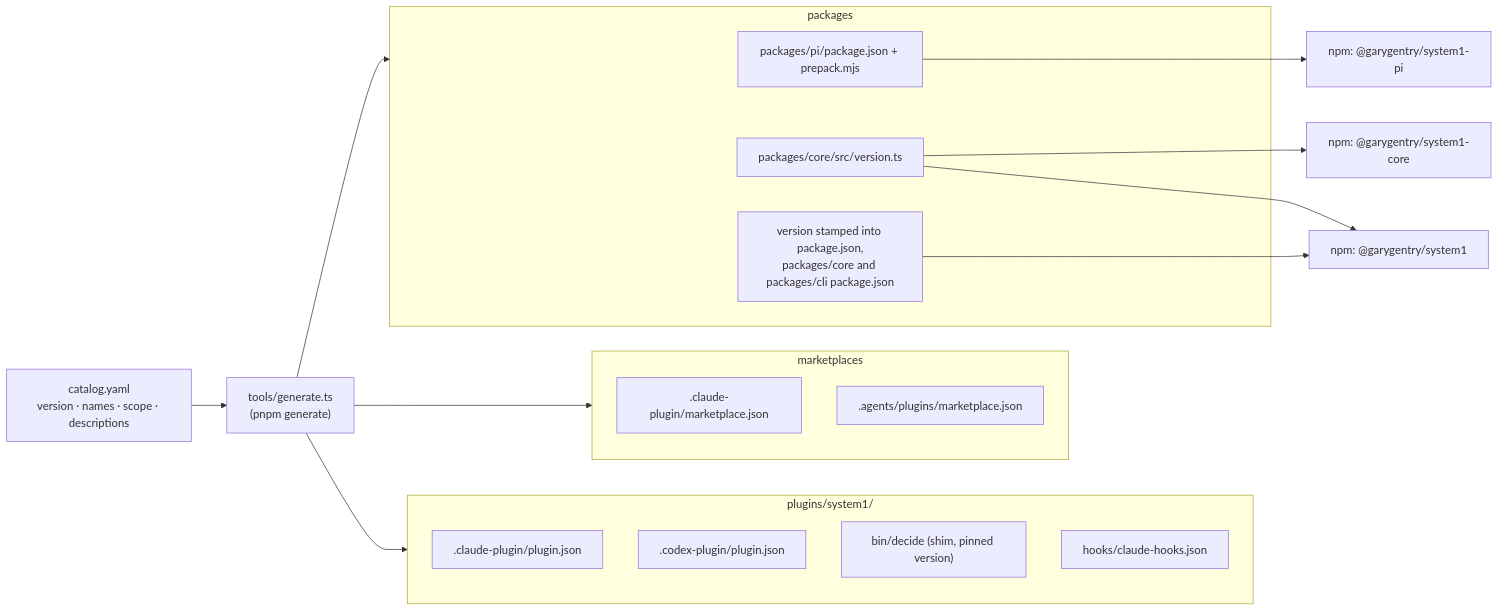
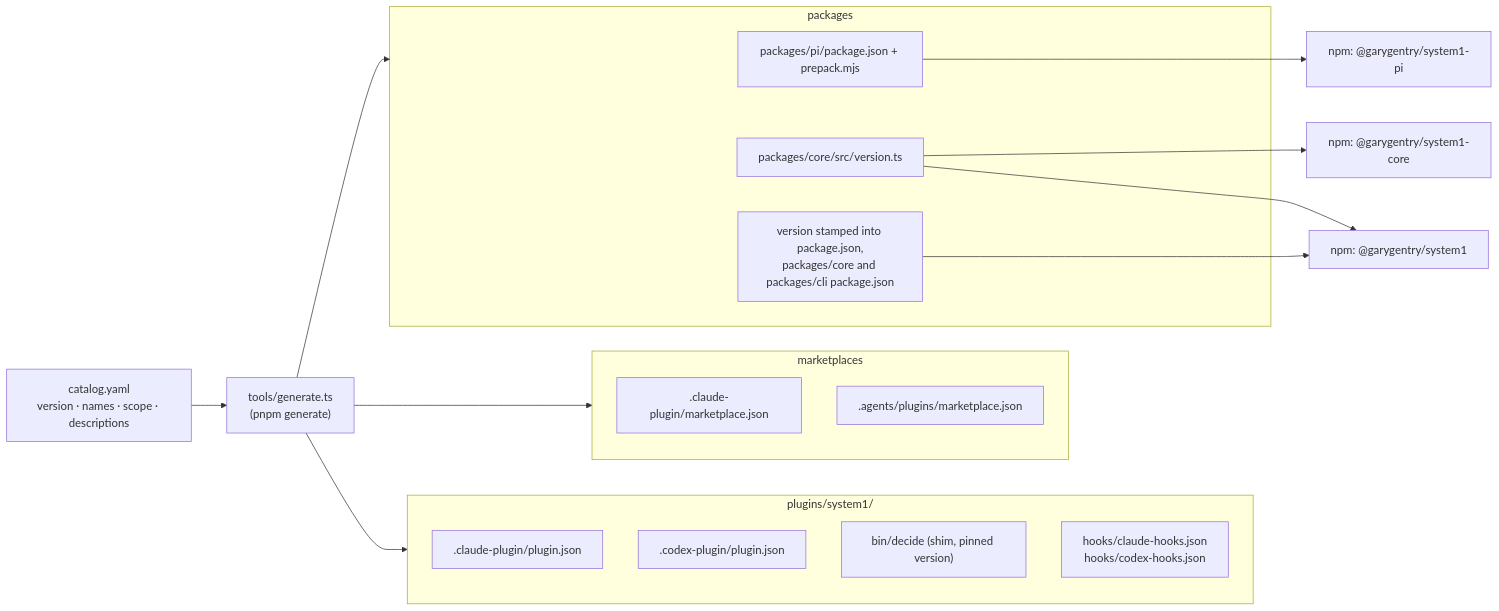
One commit to garygentry/system1 changed the diagram in docs/architecture/deployment.md. Above: the diagram before and after it, drawn with Mermaid. The commit also changed other lines of this file and 19 other files, not shown here.

First line of the commit message:
M11 PR 11: docs for adopt → capture → compare; architecture at 0.6.0 (#55)

````diff
--- a/docs/architecture/deployment.md
+++ b/docs/architecture/deployment.md
@@ -13,34 +13,34 @@
 ```mermaid
 flowchart LR
     catalog["catalog.yaml<br/>version · names · scope · descriptions"]
     gen["tools/generate.ts<br/>(pnpm generate)"]
     catalog --> gen
 
     subgraph pluginfiles["plugins/system1/"]
         claudeman[".claude-plugin/plugin.json"]
         codexman[".codex-plugin/plugin.json"]
         shim["bin/decide (shim, pinned version)"]
-        hooks["hooks/claude-hooks.json"]
+        hooks["hooks/claude-hooks.json<br/>hooks/codex-hooks.json"]
     end
     subgraph markets["marketplaces"]
         cmarket[".claude-plugin/marketplace.json"]
         xmarket[".agents/plugins/marketplace.json"]
     end
     subgraph pkgs["packages"]
         pipkg["packages/pi/package.json + prepack.mjs"]
         version["packages/core/src/version.ts"]
         stamps["version stamped into package.json,<br/>packages/core and packages/cli package.json"]
     end
 
     gen --> pluginfiles
     gen --> markets
     gen --> pkgs
 
     npmcli["npm: @garygentry/system1"]
     npmcore["npm: @garygentry/system1-core"]
     npmpi["npm: @garygentry/system1-pi"]
     version --> npmcore
     version --> npmcli
     stamps --> npmcli
     pipkg --> npmpi
 ```
````
